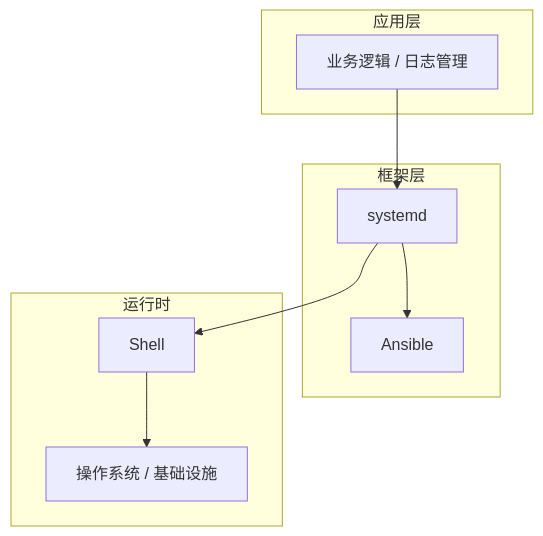
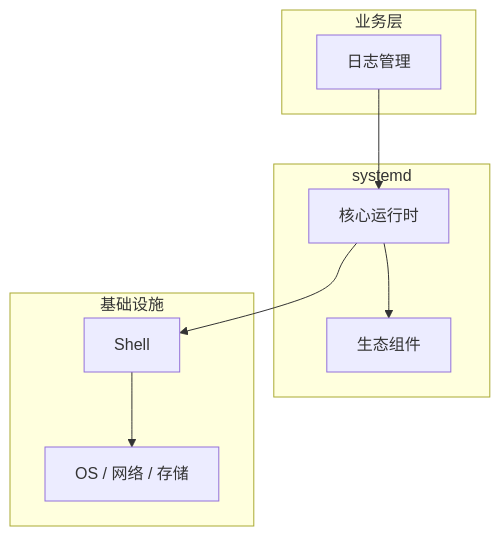
One commit to yanggan2015/knowledge-json-v2 changed the diagram in articles/Linux运维/chapters/061-日志管理核心概念与原理.md. Above: the diagram before and after it, drawn with Mermaid. The commit also changed other lines of this file and 10127 other files, not shown here.

````diff
--- a/articles/Linux运维/chapters/061-日志管理核心概念与原理.md
+++ b/articles/Linux运维/chapters/061-日志管理核心概念与原理.md
@@ -45,18 +34,18 @@
 ```mermaid
 graph TB
-    subgraph 应用层
-        A[业务逻辑 / 日志管理]
+    subgraph 业务层
+        A[日志管理]
     end
-    subgraph 框架层
-        B[systemd]
-        C[Ansible]
+    subgraph systemd
+        B[核心运行时]
+        C[生态组件]
     end
-    subgraph 运行时
+    subgraph 基础设施
         D[Shell]
-        E[操作系统 / 基础设施]
+        E[OS / 网络 / 存储]
     end
     A --> B
     B --> C
     B --> D
     D --> E
 ```
````
